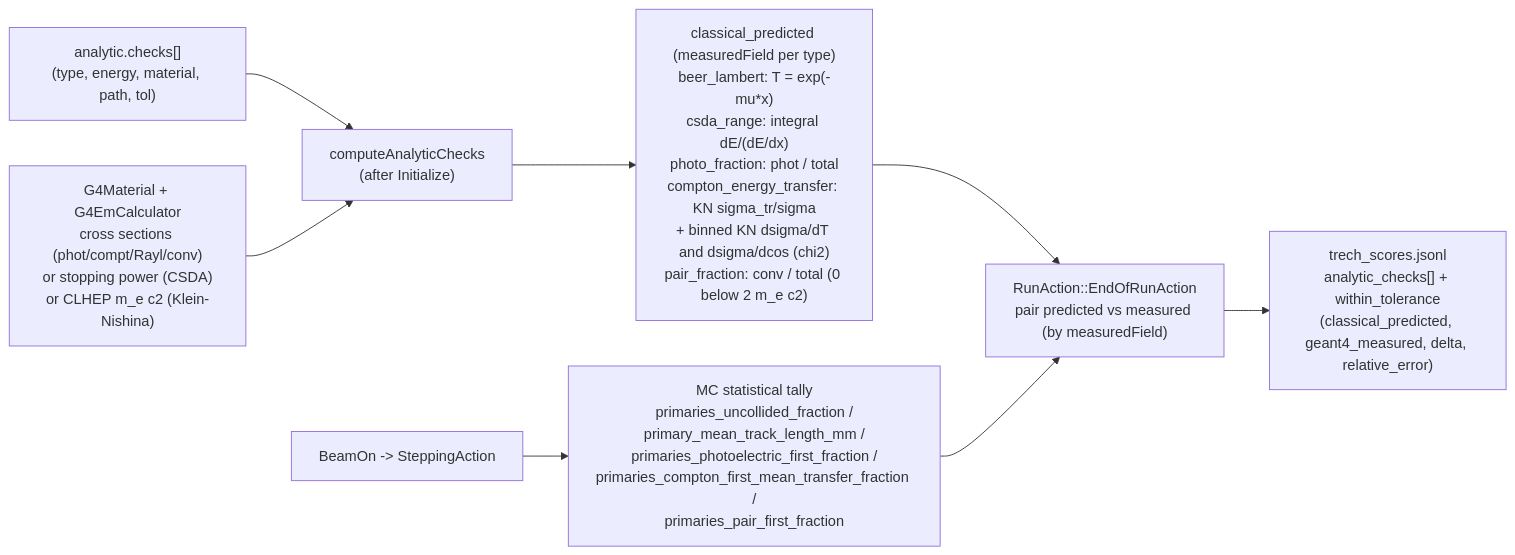
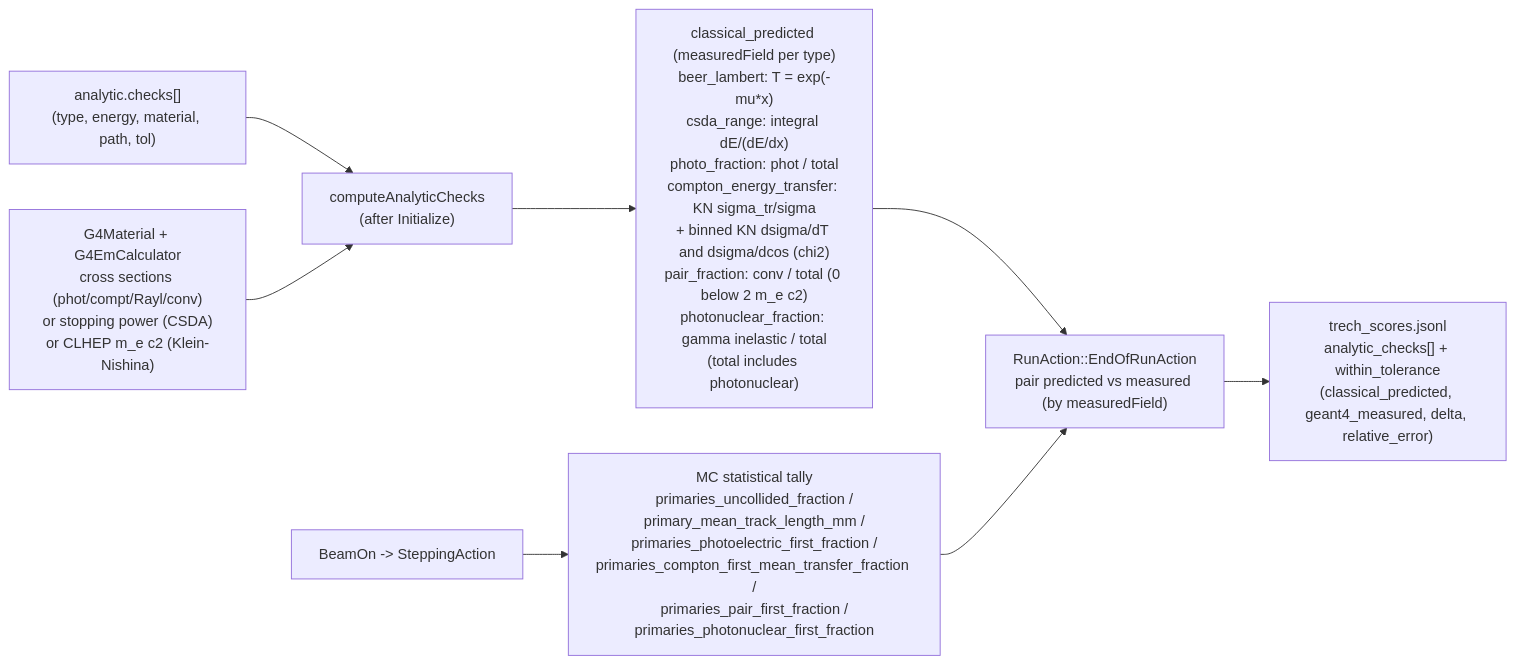
One commit to Geckos-Ink/trech changed diagram 16 of 43 in CHARTS.md. Above: the diagram before and after it, drawn with Mermaid. The commit also changed 24 other files, not shown here.

````diff
--- a/CHARTS.md
+++ b/CHARTS.md
@@ -351,10 +351,10 @@
 ```mermaid
 flowchart LR
   CFG["analytic.checks[]\n(type, energy, material, path, tol)"] --> ACC["computeAnalyticChecks\n(after Initialize)"]
   G4MAT2["G4Material + G4EmCalculator\ncross sections (phot/compt/Rayl/conv)\nor stopping power (CSDA)\nor CLHEP m_e c2 (Klein-Nishina)"] --> ACC
-  ACC --> PRED["classical_predicted (measuredField per type)\nbeer_lambert: T = exp(-mu*x)\ncsda_range: integral dE/(dE/dx)\nphoto_fraction: phot / total\ncompton_energy_transfer: KN sigma_tr/sigma\n+ binned KN dsigma/dT and dsigma/dcos (chi2)\npair_fraction: conv / total (0 below 2 m_e c2)"]
-  BEAMON["BeamOn -> SteppingAction"] --> MEAS["MC statistical tally\nprimaries_uncollided_fraction /\nprimary_mean_track_length_mm /\nprimaries_photoelectric_first_fraction /\nprimaries_compton_first_mean_transfer_fraction /\nprimaries_pair_first_fraction"]
+  ACC --> PRED["classical_predicted (measuredField per type)\nbeer_lambert: T = exp(-mu*x)\ncsda_range: integral dE/(dE/dx)\nphoto_fraction: phot / total\ncompton_energy_transfer: KN sigma_tr/sigma\n+ binned KN dsigma/dT and dsigma/dcos (chi2)\npair_fraction: conv / total (0 below 2 m_e c2)\nphotonuclear_fraction: gamma inelastic / total\n(total includes photonuclear)"]
+  BEAMON["BeamOn -> SteppingAction"] --> MEAS["MC statistical tally\nprimaries_uncollided_fraction /\nprimary_mean_track_length_mm /\nprimaries_photoelectric_first_fraction /\nprimaries_compton_first_mean_transfer_fraction /\nprimaries_pair_first_fraction /\nprimaries_photonuclear_first_fraction"]
   PRED --> CMP["RunAction::EndOfRunAction\npair predicted vs measured (by measuredField)"]
   MEAS --> CMP
   CMP --> OUT["trech_scores.jsonl\nanalytic_checks[] + within_tolerance\n(classical_predicted, geant4_measured, delta, relative_error)"]
 ```
````
